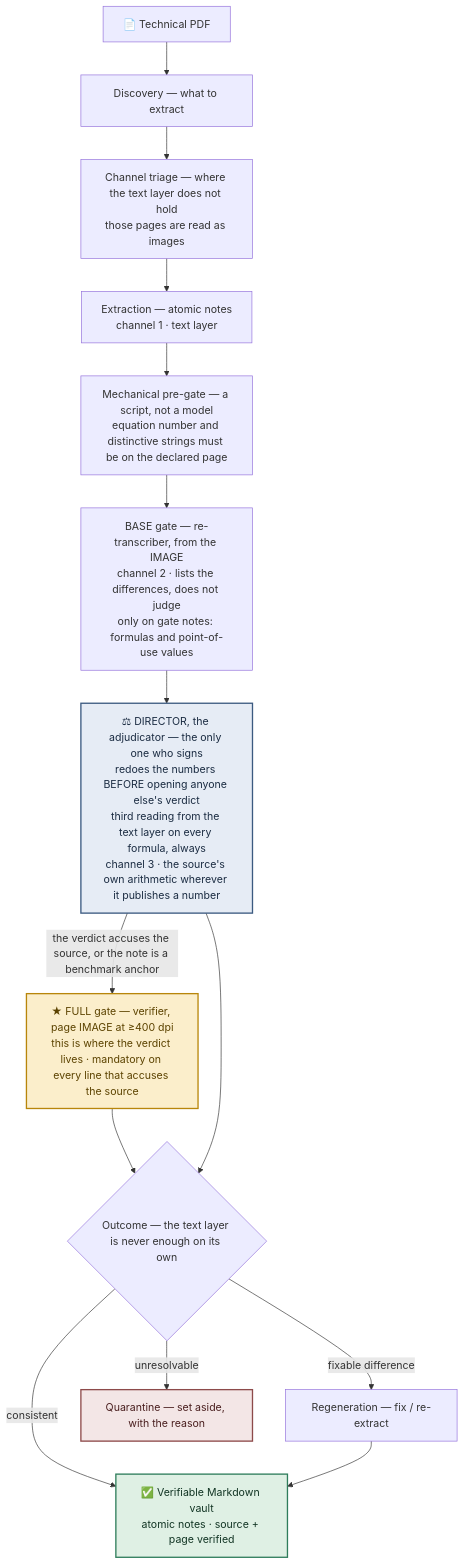
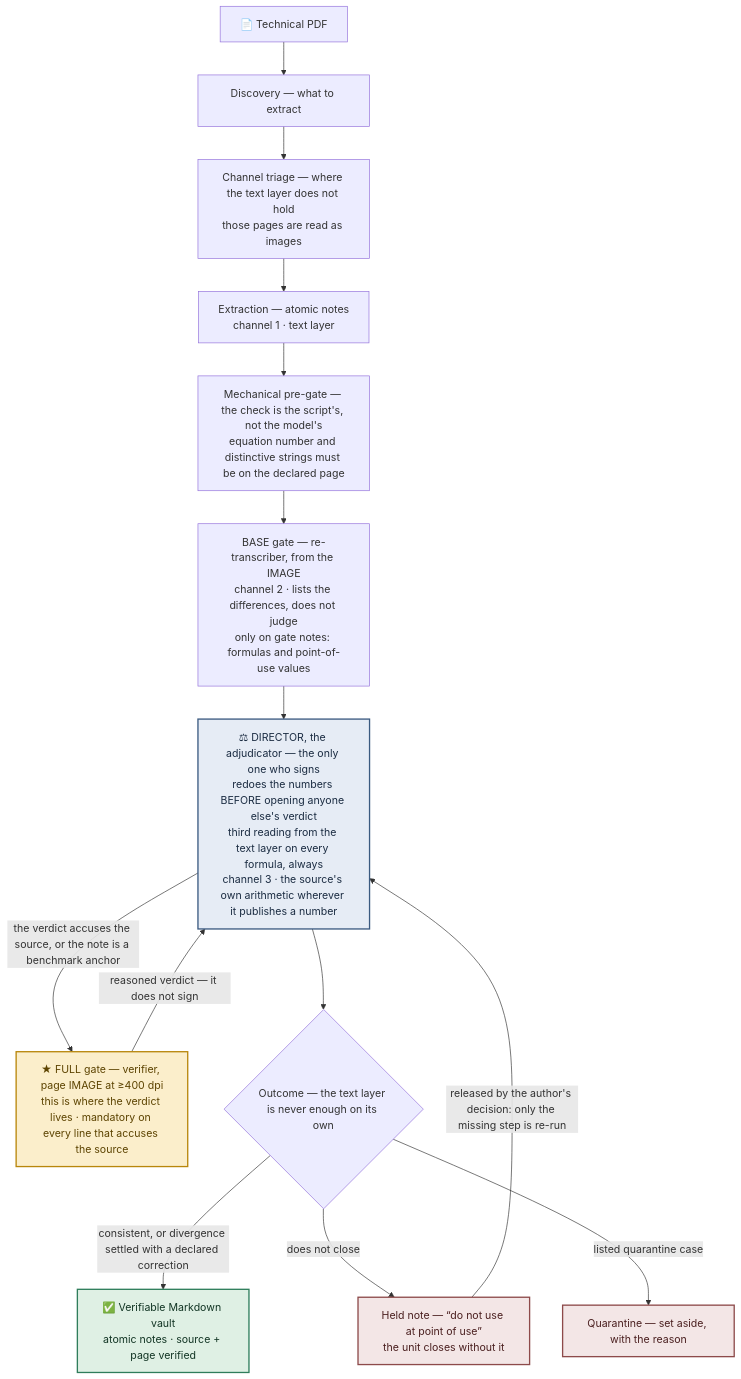
Before and after one commit to torus24/florilegium: the diagram in README.md, drawn with Mermaid. The commit also changed other lines of this file and 19 other files, not shown here.

````diff
--- a/README.md
+++ b/README.md
@@ -116,26 +123,27 @@
 ```mermaid
 flowchart TB
     PDF["📄 Technical PDF"] --> DISC["Discovery — what to extract"]
     DISC --> TRI["Channel triage — where the text layer does not hold<br/>those pages are read as images"]
     TRI --> EXTR["Extraction — atomic notes<br/>channel 1 · text layer"]
-    EXTR --> PRE["Mechanical pre-gate — a script, not a model<br/>equation number and distinctive strings must be on the declared page"]
+    EXTR --> PRE["Mechanical pre-gate — the check is the script's, not the model's<br/>equation number and distinctive strings must be on the declared page"]
     PRE --> BASE["BASE gate — re-transcriber, from the IMAGE<br/>channel 2 · lists the differences, does not judge<br/>only on gate notes: formulas and point-of-use values"]
     BASE --> ARB["⚖ DIRECTOR, the adjudicator — the only one who signs<br/>redoes the numbers BEFORE opening anyone else's verdict<br/>third reading from the text layer on every formula, always<br/>channel 3 · the source's own arithmetic wherever it publishes a number"]
     ARB -- "the verdict accuses the source, or the note is a benchmark anchor" --> FULL["★ FULL gate — verifier, page IMAGE at ≥400 dpi<br/>this is where the verdict lives · mandatory on every line that accuses the source"]
-    FULL --> OUT{"Outcome — the text layer is never enough on its own"}
-    ARB --> OUT
+    FULL -- "reasoned verdict — it does not sign" --> ARB
+    ARB --> OUT{"Outcome — the text layer is never enough on its own"}
 
-    OUT -- "consistent" --> VAULT["✅ Verifiable Markdown vault<br/>atomic notes · source + page verified"]
-    OUT -- "fixable difference" --> REGEN["Regeneration — fix / re-extract"]
-    OUT -- "unresolvable" --> QUAR["Quarantine — set aside, with the reason"]
-    REGEN --> VAULT
+    OUT -- "consistent, or divergence settled with a declared correction" --> VAULT["✅ Verifiable Markdown vault<br/>atomic notes · source + page verified"]
+    OUT -- "does not close" --> HELD["Held note — “do not use at point of use”<br/>the unit closes without it"]
+    OUT -- "listed quarantine case" --> QUAR["Quarantine — set aside, with the reason"]
+    HELD -- "released by the author's decision: only the missing step is re-run" --> ARB
 
     classDef hero fill:#fbeecb,stroke:#b8860b,stroke-width:2px,color:#5c4300;
     classDef done fill:#dff0e4,stroke:#2f7d5b,stroke-width:2px,color:#123524;
     classDef hold fill:#f3e6e6,stroke:#8d4a4a,stroke-width:2px,color:#4a1f1f;
     classDef judge fill:#e6ecf5,stroke:#3b5a80,stroke-width:2px,color:#1b2c42;
     class FULL hero;
     class ARB judge;
     class VAULT done;
     class QUAR hold;
+    class HELD hold;
 ```
````
